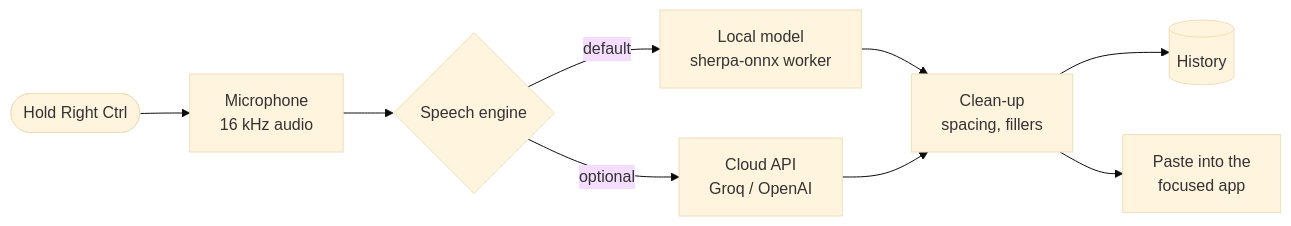
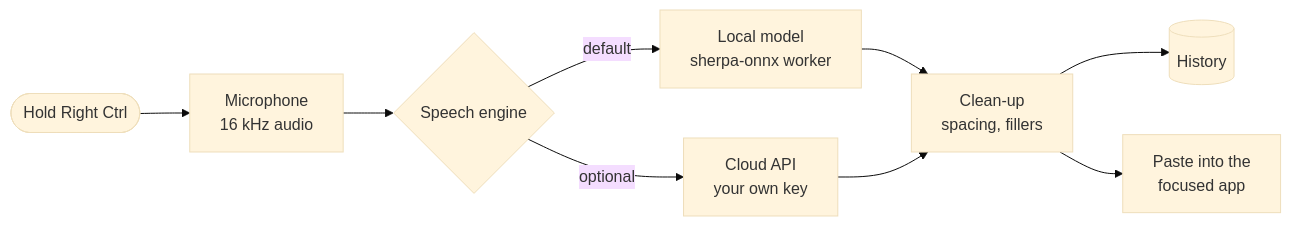
The diagram in README.md (sakshamm21/Vaani), drawn with Mermaid (base theme) before and after one commit. The commit also changed other lines of this file and 1 other file, not shown here.

Commit message:
README: command mode, per-app rules, new cloud providers, Hindi script; CI: drop a partial sherpa-onnx cache

````diff
--- a/README.md
+++ b/README.md
@@ -58,11 +60,11 @@
 ```mermaid
 flowchart LR
     K([Hold Right Ctrl]) --> M[Microphone<br/>16 kHz audio]
     M --> E{Speech engine}
     E -->|default| L[Local model<br/>sherpa-onnx worker]
-    E -->|optional| C[Cloud API<br/>Groq / OpenAI]
+    E -->|optional| C[Cloud API<br/>your own key]
     L --> T[Clean-up<br/>spacing, fillers]
     C --> T
     T --> H[(History)]
     T --> P[Paste into the<br/>focused app]
 ```
````
